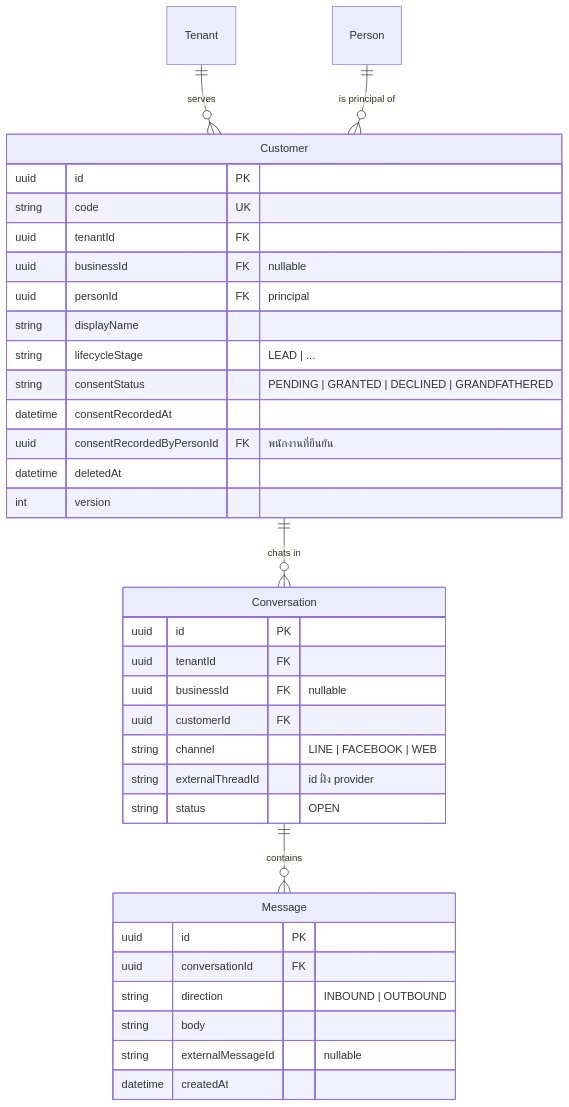
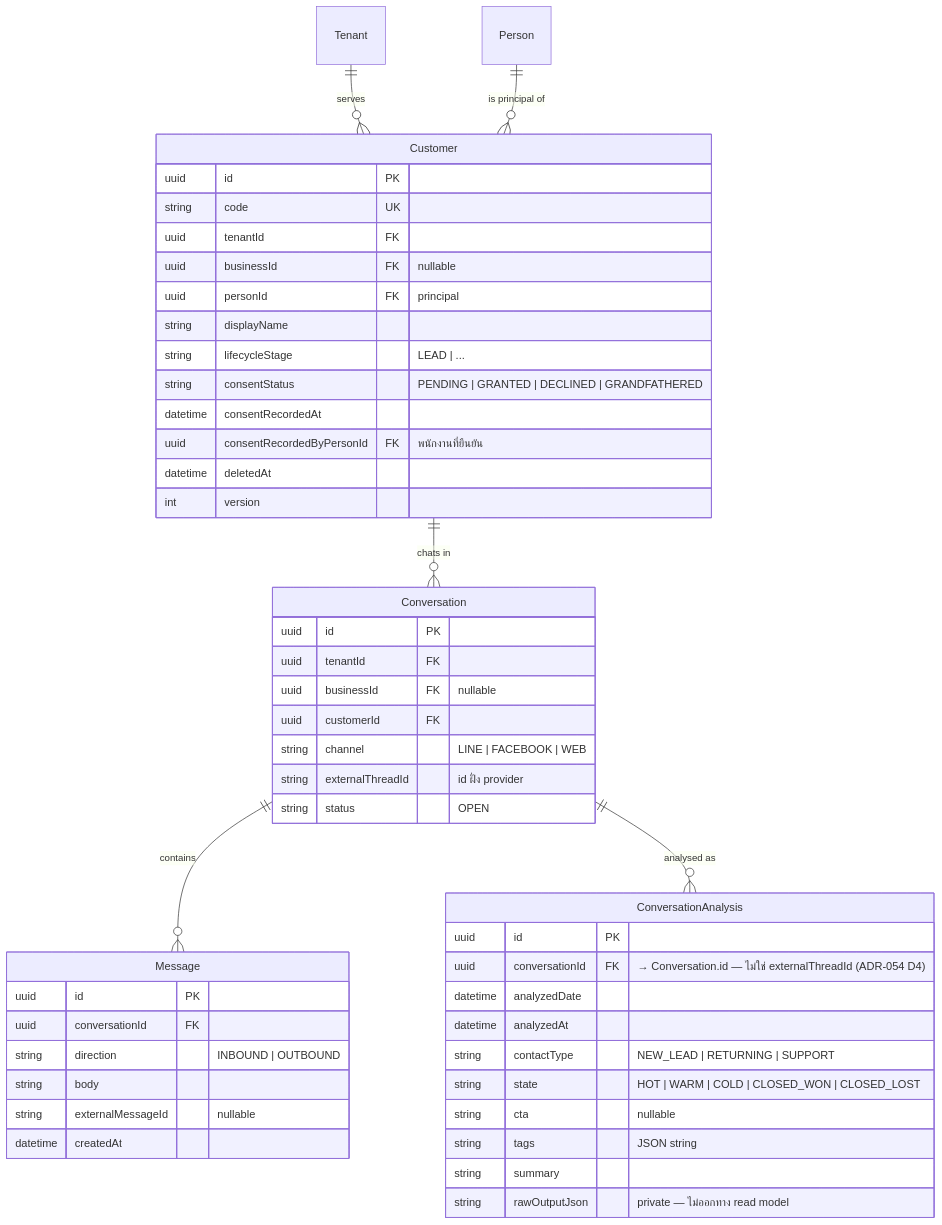
One commit to Freshair129/zuri.ai changed the tenth of 23 diagrams in docs/architecture/database-erd/full-schema.md. Above: the diagram before and after it, drawn with Mermaid. The commit also changed other lines of this file and 37 other files, not shown here.

````diff
--- a/docs/architecture/database-erd/full-schema.md
+++ b/docs/architecture/database-erd/full-schema.md
@@ -721,41 +744,55 @@
 ```mermaid
 erDiagram
     Tenant ||--o{ Customer : "serves"
     Person ||--o{ Customer : "is principal of"
     Customer ||--o{ Conversation : "chats in"
     Conversation ||--o{ Message : "contains"
+    Conversation ||--o{ ConversationAnalysis : "analysed as"
+
+    ConversationAnalysis {
+        uuid     id             PK
+        uuid     conversationId FK  "→ Conversation.id — ไม่ใช่ externalThreadId (ADR-054 D4)"
+        datetime analyzedDate
+        datetime analyzedAt
+        string   contactType        "NEW_LEAD | RETURNING | SUPPORT"
+        string   state              "HOT | WARM | COLD | CLOSED_WON | CLOSED_LOST"
+        string   cta                "nullable"
+        string   tags               "JSON string"
+        string   summary
+        string   rawOutputJson      "private — ไม่ออกทาง read model"
+    }
 
     Customer {
         uuid     id                        PK
         string   code                      UK
         uuid     tenantId                  FK
         uuid     businessId                FK  "nullable"
         uuid     personId                  FK  "principal"
         string   displayName
         string   lifecycleStage                "LEAD | ..."
         string   consentStatus                 "PENDING | GRANTED | DECLINED | GRANDFATHERED"
         datetime consentRecordedAt
         uuid     consentRecordedByPersonId FK  "พนักงานที่ยืนยัน"
         datetime deletedAt
         int      version
     }
 
     Conversation {
         uuid     id               PK
         uuid     tenantId         FK
         uuid     businessId       FK  "nullable"
         uuid     customerId       FK
         string   channel              "LINE | FACEBOOK | WEB"
         string   externalThreadId     "id ฝั่ง provider"
         string   status               "OPEN"
     }
 
     Message {
         uuid     id                PK
         uuid     conversationId    FK
         string   direction             "INBOUND | OUTBOUND"
         string   body
         string   externalMessageId     "nullable"
         datetime createdAt
     }
 ```
````
